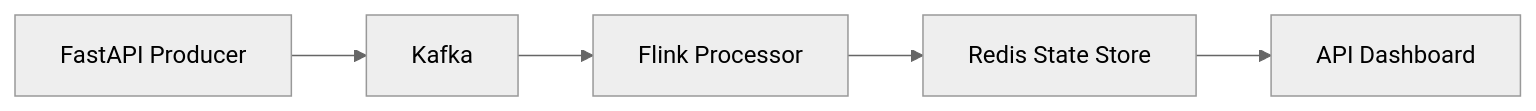
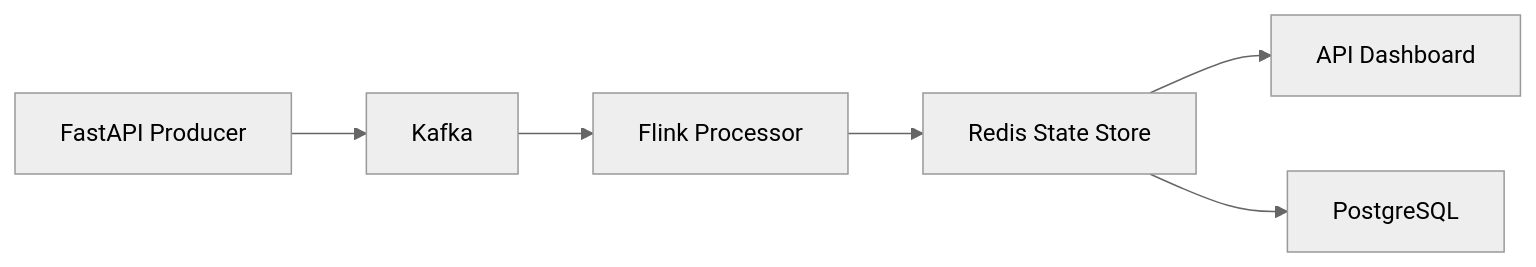
Before and after one commit to Adam-445/analytics-pipeline-lab: the first of 5 diagrams in README.md, drawn with Mermaid (neutral theme). The commit also changed other lines of this file, not shown here.

````diff
--- a/README.md
+++ b/README.md
@@ -6,7 +6,8 @@
 ```mermaid
 graph LR
   A[FastAPI Producer] --> B[Kafka]
   B --> C[Flink Processor]
   C --> D[Redis State Store]
   D --> E[API Dashboard]
+  D --> F[PostgreSQL]
 ```
````
